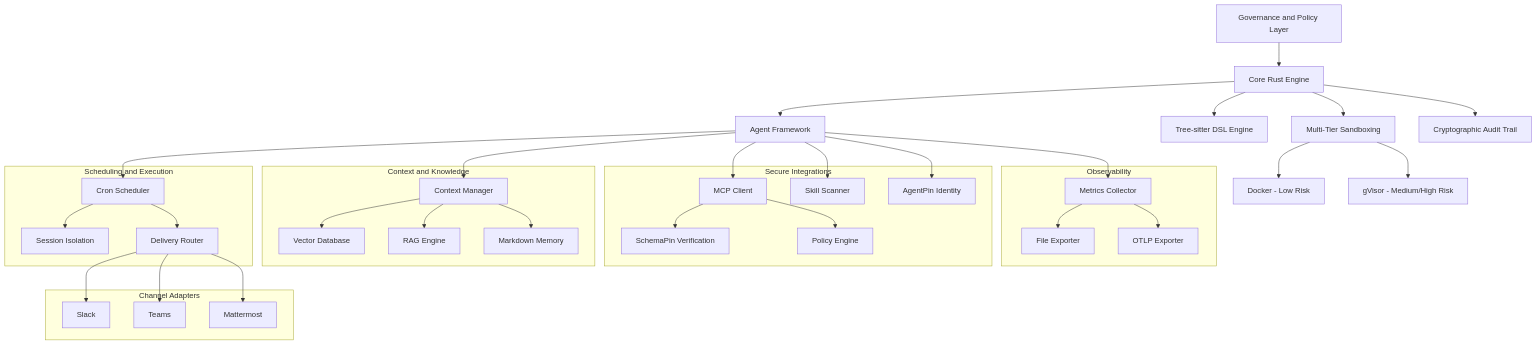
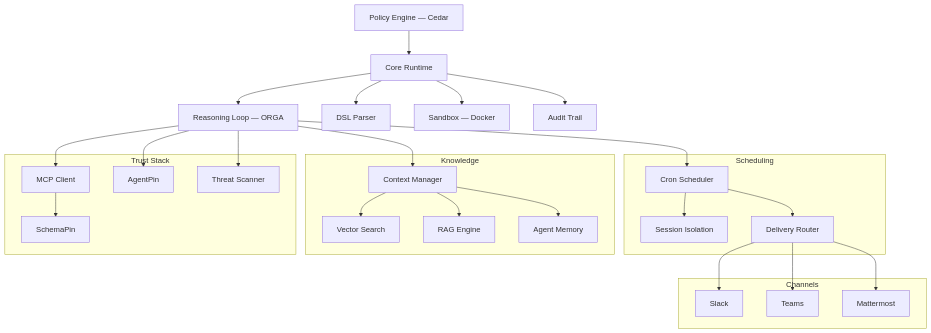
One commit to ThirdKeyAI/Symbiont changed the diagram in docs/es/index.md. Above: the diagram before and after it, drawn with Mermaid. The commit also changed other lines of this file and 5 other files, not shown here.

````diff
--- a/docs/es/index.md
+++ b/docs/es/index.md
@@ -114,62 +103,49 @@
 ```mermaid
 graph TB
-    A[Governance and Policy Layer] --> B[Core Rust Engine]
-    B --> C[Agent Framework]
-    B --> D[Tree-sitter DSL Engine]
-    B --> E[Multi-Tier Sandboxing]
-    E --> F[Docker - Low Risk]
-    E --> G[gVisor - Medium/High Risk]
-    B --> I[Cryptographic Audit Trail]
+    A[Policy Engine — Cedar] --> B[Core Runtime]
+    B --> C[Reasoning Loop — ORGA]
+    B --> D[DSL Parser]
+    B --> E[Sandbox — Docker]
+    B --> I[Audit Trail]
 
-    subgraph "Scheduling and Execution"
+    subgraph "Scheduling"
         S[Cron Scheduler]
         H[Session Isolation]
         R[Delivery Router]
     end
 
-    subgraph "Channel Adapters"
+    subgraph "Channels"
         SL[Slack]
         TM[Teams]
         MM[Mattermost]
     end
 
-    subgraph "Context and Knowledge"
+    subgraph "Knowledge"
         J[Context Manager]
-        K[Vector Database]
+        K[Vector Search]
         L[RAG Engine]
-        MD[Markdown Memory]
+        MD[Agent Memory]
     end
 
-    subgraph "Secure Integrations"
+    subgraph "Trust Stack"
         M[MCP Client]
-        N[SchemaPin Verification]
-        O[Policy Engine]
-        P[AgentPin Identity]
-        SK[Skill Scanner]
-    end
-
-    subgraph "Observability"
-        MET[Metrics Collector]
-        FE[File Exporter]
-        OT[OTLP Exporter]
+        N[SchemaPin]
+        O[AgentPin]
+        SK[Threat Scanner]
     end
 
     C --> S
     S --> H
     S --> R
     R --> SL
     R --> TM
     R --> MM
     C --> J
     C --> M
-    C --> SK
     J --> K
     J --> L
     J --> MD
     M --> N
-    M --> O
-    C --> P
-    C --> MET
-    MET --> FE
-    MET --> OT
+    C --> O
+    C --> SK
 ```
````
